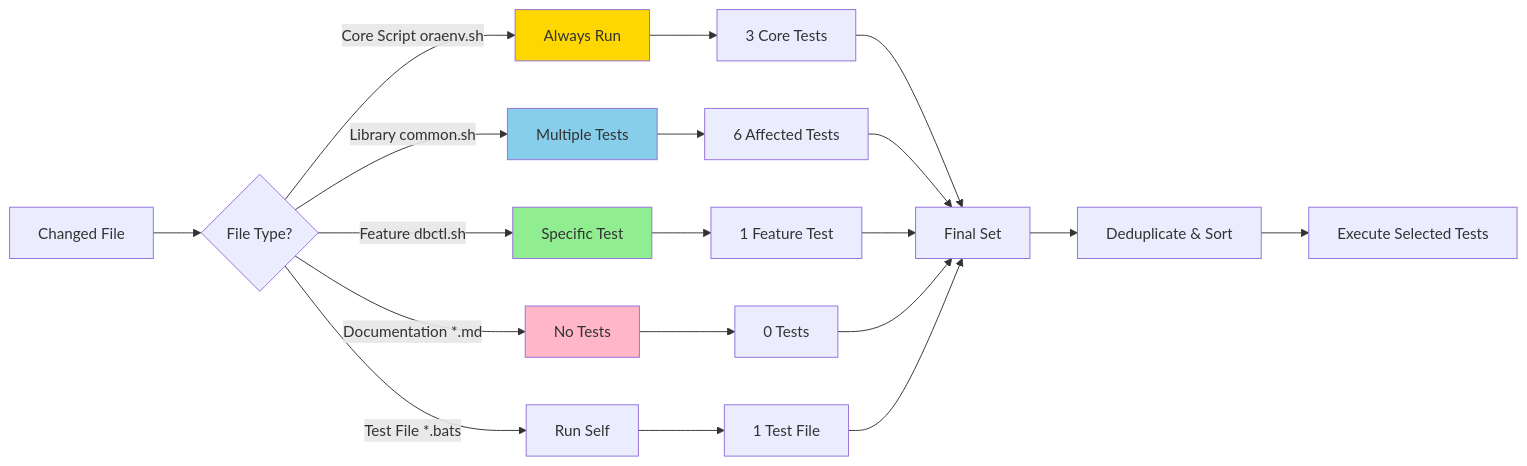
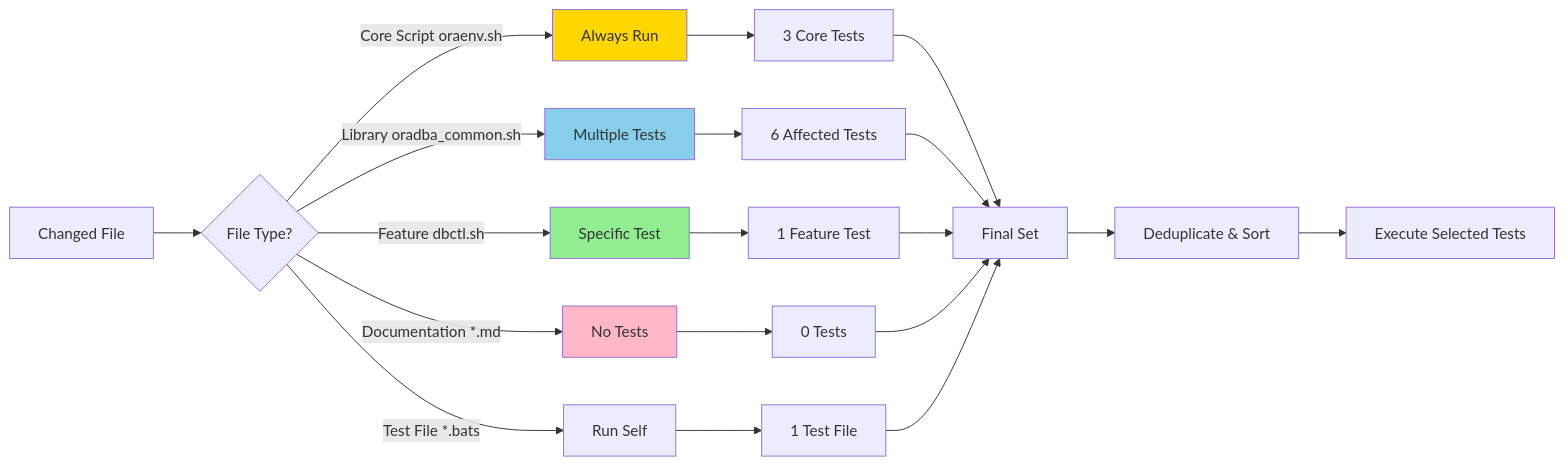
The fifth of 13 diagrams in doc/images/source/diagrams-mermaid.md (oehrlis/oradba), drawn with Mermaid before and after one commit. The commit also changed other lines of this file and 35 other files, not shown here.

````diff
--- a/doc/images/source/diagrams-mermaid.md
+++ b/doc/images/source/diagrams-mermaid.md
@@ -243,30 +243,30 @@
 ```mermaid
 flowchart LR
     A[Changed File] --> B{File Type?}
     
     B -->|Core Script oraenv.sh| C[Always Run]
-    B -->|Library common.sh| D[Multiple Tests]
+    B -->|Library oradba_common.sh| D[Multiple Tests]
     B -->|Feature dbctl.sh| E[Specific Test]
     B -->|Documentation *.md| F[No Tests]
     B -->|Test File *.bats| G[Run Self]
     
     C --> H[3 Core Tests]
     D --> I[6 Affected Tests]
     E --> J[1 Feature Test]
     F --> K[0 Tests]
     G --> L[1 Test File]
     
     H --> M[Final Set]
     I --> M
     J --> M
     K --> M
     L --> M
     
     M --> N[Deduplicate & Sort]
     N --> O[Execute Selected Tests]
     
     style C fill:#FFD700
     style D fill:#87CEEB
     style E fill:#90EE90
     style F fill:#FFB6C6
 ```
````
